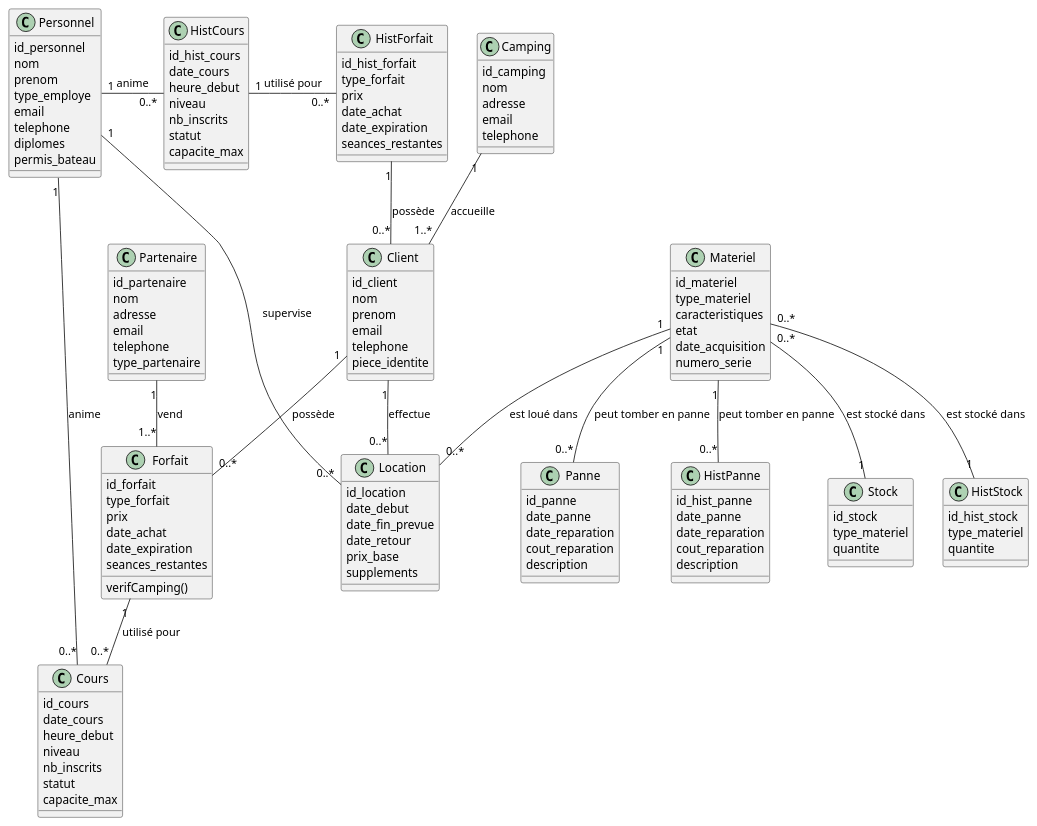
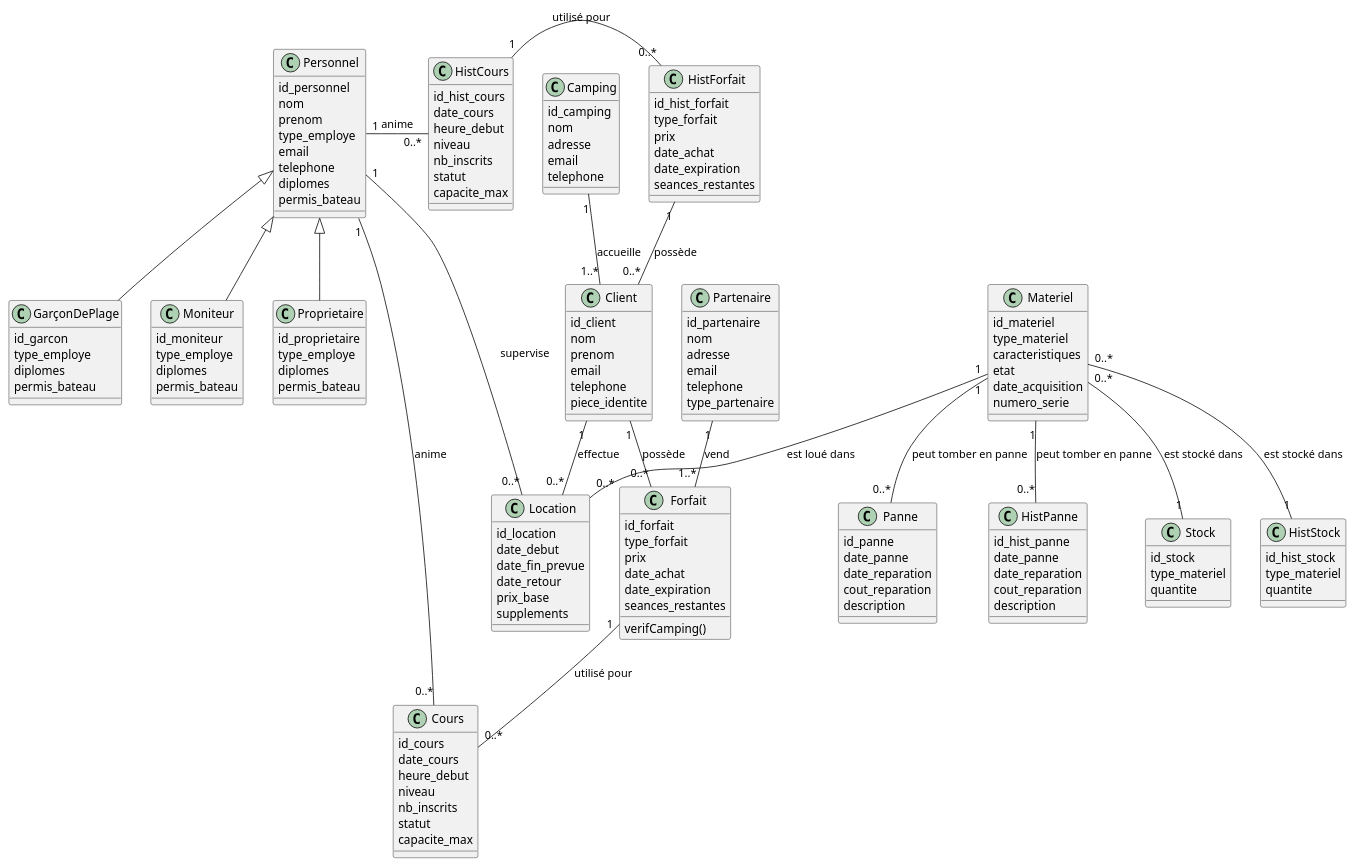
The diagram in docs/1-analysis/generalDesignClassDiagram.puml (Hugo-COLLIN/MIAGE_CSI_NauticalClub), drawn with PlantUML before and after one commit.

Commit message:
docs: adding extends for Personnel

```diff
--- a/docs/1-analysis/generalDesignClassDiagram.puml
+++ b/docs/1-analysis/generalDesignClassDiagram.puml
@@ -1,140 +1,161 @@
 @startuml
     class Personnel {
         id_personnel
         nom
         prenom
         type_employe
         email
         telephone
+        diplomes
+        permis_bateau
+    }
+
+    class GarçonDePlage extends Personnel {
+        id_garcon
+        type_employe
+        diplomes
+        permis_bateau
+    }
+
+    class Moniteur extends Personnel {
+        id_moniteur
+        type_employe
+        diplomes
+        permis_bateau
+    }
+
+    class Proprietaire extends Personnel {
+        id_proprietaire
+        type_employe
         diplomes
         permis_bateau
     }
 
     class Client {
         id_client
         nom
         prenom
         email
         telephone
         piece_identite
     }
 
     class Materiel {
         id_materiel
         type_materiel
         caracteristiques
         etat
         date_acquisition
         numero_serie
     }
 
     class Forfait {
         id_forfait
         type_forfait
         prix
         date_achat
         date_expiration
         seances_restantes
         verifCamping()
     }
 
     class Partenaire {
         id_partenaire
         nom
         adresse
         email
         telephone
         type_partenaire
     }
 
     class Camping {
         id_camping
         nom
         adresse
         email
         telephone
     }
 
     class HistForfait {
         id_hist_forfait
         type_forfait
         prix
         date_achat
         date_expiration
         seances_restantes
     }
 
     class Cours {
         id_cours
         date_cours
         heure_debut
         niveau
         nb_inscrits
         statut
         capacite_max
     }
 
     class HistCours {
         id_hist_cours
         date_cours
         heure_debut
         niveau
         nb_inscrits
         statut
         capacite_max
     }
 
     class Location {
         id_location
         date_debut
         date_fin_prevue
         date_retour
         prix_base
         supplements
     }
 
     class Panne {
         id_panne
         date_panne
         date_reparation
         cout_reparation
         description
     }
 
     class HistPanne {
         id_hist_panne
         date_panne
         date_reparation
         cout_reparation
         description
     }
 
     class Stock {
         id_stock
         type_materiel
         quantite
     }
 
     class HistStock {
         id_hist_stock
         type_materiel
         quantite
     }
 
     Client "1" -- "0..*" Forfait: possède
     Client "1" -- "0..*" Location: effectue
     Personnel "1" -- "0..*" Cours: anime
     Materiel "1" -- "0..*" Location: est loué dans
     Forfait "1" -- "0..*" Cours: utilisé pour
     Personnel "1" -- "0..*" Location: supervise
     Materiel "1" -- "0..*" Panne: peut tomber en panne
     Materiel "1" -- "0..*" HistPanne: peut tomber en panne
     Materiel "0..*" -- "1" Stock: est stocké dans
     Materiel "0..*" -- "1" HistStock: est stocké dans
     HistCours "1" - "0..*" HistForfait: utilisé pour
     Personnel "1" - "0..*" HistCours : anime
     HistForfait "1" -- "0..*" Client: possède
     Partenaire "1" -- "1..*" Forfait: vend
     Camping "1" -- "1..*" Client: accueille
 
 @enduml
```
